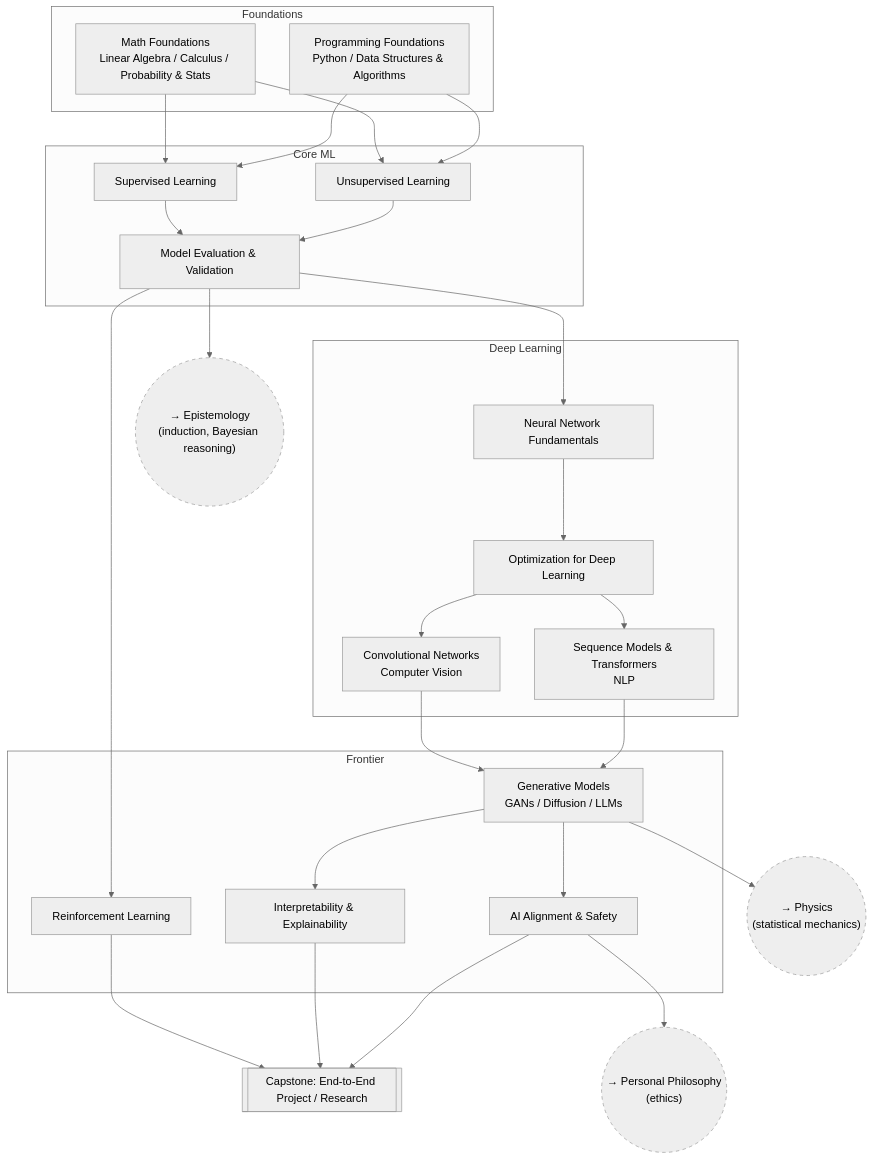
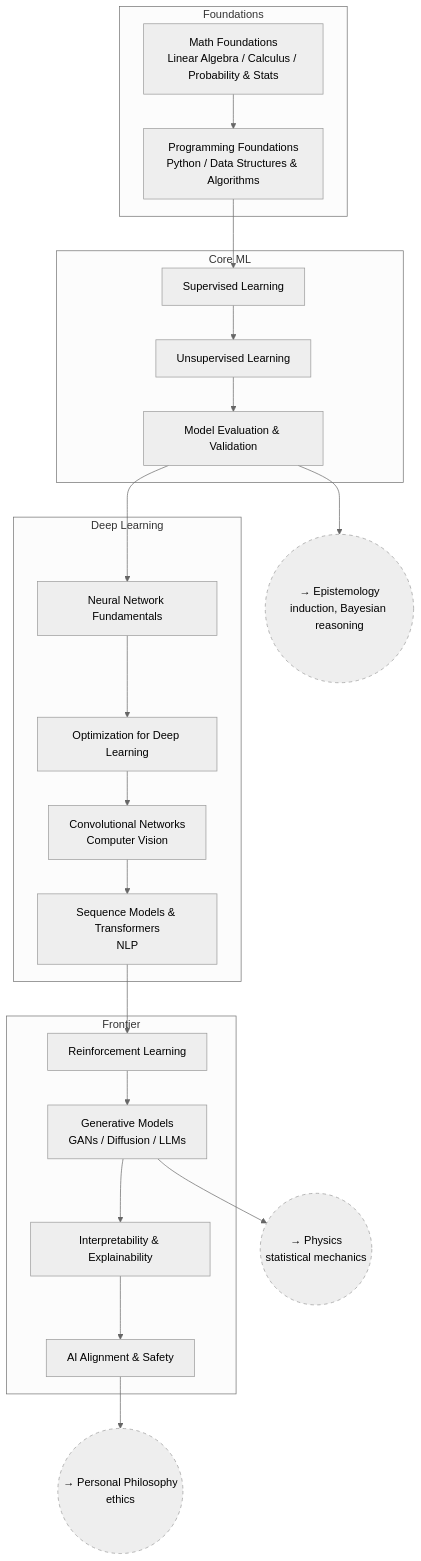
Before and after one commit to nocontextwindow/skill-trees: the diagram in trees/machine-learning-ai.md, drawn with Mermaid (neutral theme). The commit also changed other lines of this file and 16 other files, not shown here.

````diff
--- a/trees/machine-learning-ai.md
+++ b/trees/machine-learning-ai.md
@@ -8,59 +8,43 @@
 ```mermaid
 flowchart TD
     subgraph Foundations
         ML_MATH[Math Foundations<br/>Linear Algebra / Calculus / Probability & Stats]
         ML_PROG[Programming Foundations<br/>Python / Data Structures & Algorithms]
+        ML_MATH --> ML_PROG
     end
 
     subgraph "Core ML"
         ML_SUP[Supervised Learning]
         ML_UNSUP[Unsupervised Learning]
         ML_EVAL[Model Evaluation & Validation]
+        ML_SUP --> ML_UNSUP --> ML_EVAL
     end
 
     subgraph "Deep Learning"
         ML_NN[Neural Network Fundamentals]
         ML_OPT[Optimization for Deep Learning]
         ML_CNN[Convolutional Networks<br/>Computer Vision]
         ML_SEQ[Sequence Models & Transformers<br/>NLP]
+        ML_NN --> ML_OPT --> ML_CNN --> ML_SEQ
     end
 
     subgraph Frontier
         ML_RL[Reinforcement Learning]
         ML_GEN[Generative Models<br/>GANs / Diffusion / LLMs]
         ML_INTERP[Interpretability & Explainability]
         ML_ALIGN[AI Alignment & Safety]
+        ML_RL --> ML_GEN --> ML_INTERP --> ML_ALIGN
     end
 
-    ML_CAPSTONE[["Capstone: End-to-End Project / Research"]]
-
-    ML_MATH --> ML_SUP
-    ML_MATH --> ML_UNSUP
     ML_PROG --> ML_SUP
-    ML_PROG --> ML_UNSUP
-    ML_SUP --> ML_EVAL
-    ML_UNSUP --> ML_EVAL
-
     ML_EVAL --> ML_NN
-    ML_NN --> ML_OPT
-    ML_OPT --> ML_CNN
-    ML_OPT --> ML_SEQ
-    ML_EVAL --> ML_RL
-
-    ML_CNN --> ML_GEN
-    ML_SEQ --> ML_GEN
-    ML_GEN --> ML_INTERP
-    ML_GEN --> ML_ALIGN
-
-    ML_RL --> ML_CAPSTONE
-    ML_INTERP --> ML_CAPSTONE
-    ML_ALIGN --> ML_CAPSTONE
+    ML_SEQ --> ML_RL
 
     classDef crosslink stroke-dasharray: 5 5
-    ML_EP(("→ Epistemology<br/>(induction, Bayesian reasoning)")):::crosslink
-    ML_PH(("→ Physics<br/>(statistical mechanics)")):::crosslink
-    ML_PP(("→ Personal Philosophy<br/>(ethics)")):::crosslink
+    ML_EP(("→ Epistemology<br/>induction, Bayesian reasoning")):::crosslink
+    ML_PH(("→ Physics<br/>statistical mechanics")):::crosslink
+    ML_PP(("→ Personal Philosophy<br/>ethics")):::crosslink
     ML_EVAL --> ML_EP
     ML_GEN --> ML_PH
     ML_ALIGN --> ML_PP
 ```
````
